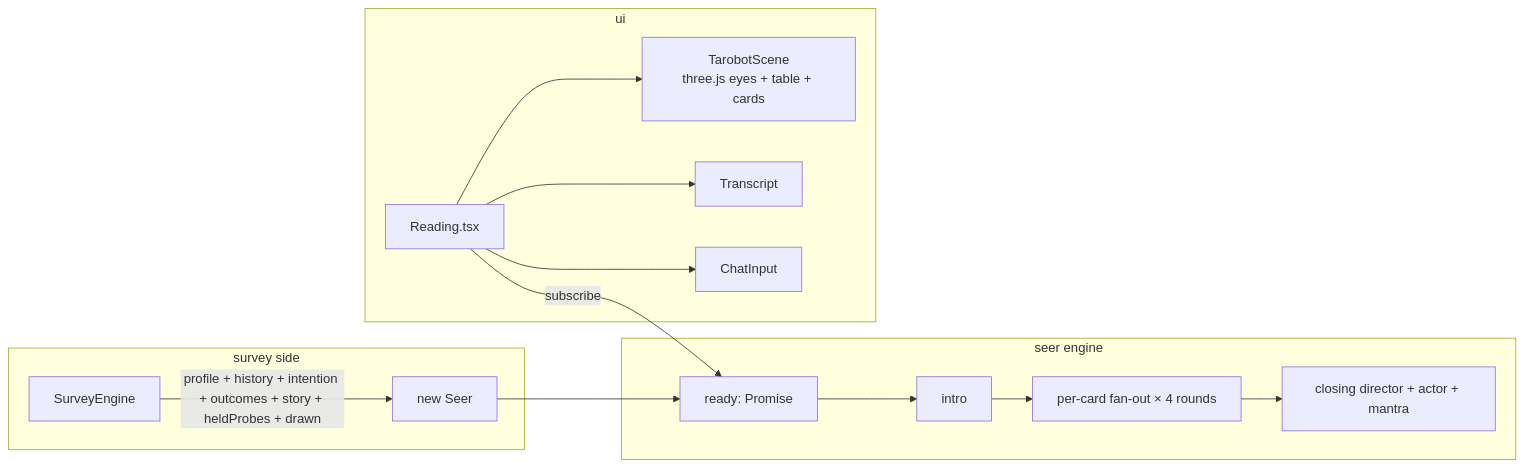
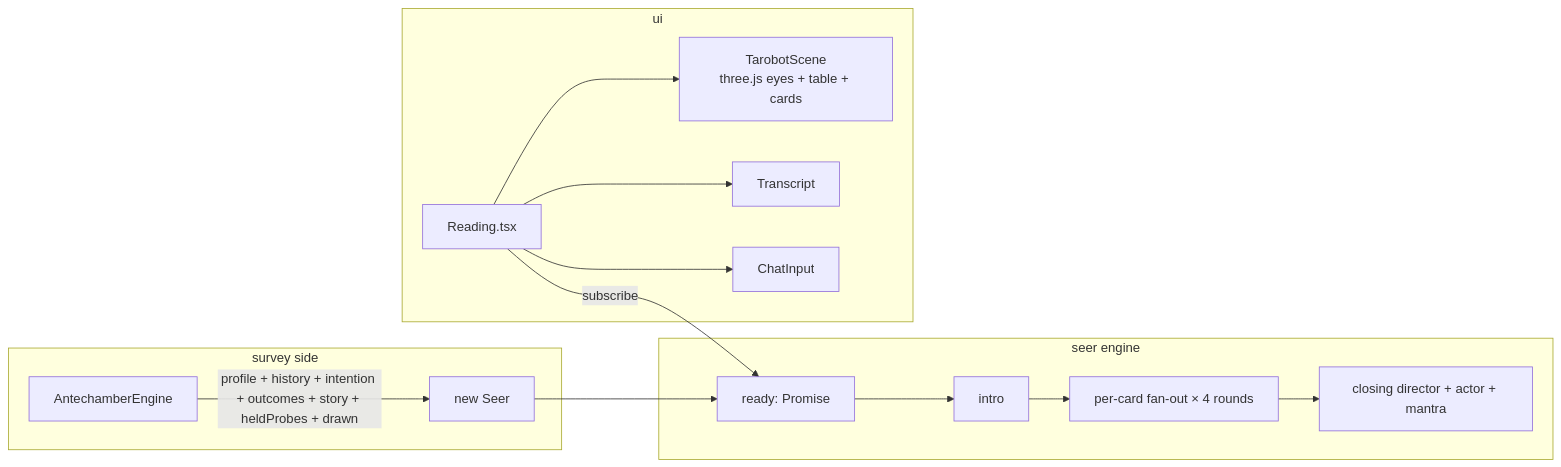
The first of 10 diagrams in docs/READING-ANATOMY.md (jakekidd/tarobot), drawn with Mermaid before and after one commit. The commit also changed other lines of this file and 191 other files, not shown here.

````diff
--- a/docs/READING-ANATOMY.md
+++ b/docs/READING-ANATOMY.md
@@ -18,20 +18,20 @@
 ```mermaid
 flowchart LR
   subgraph SURVEY [survey side]
-    A[SurveyEngine] -->|profile + history + intention + outcomes + story + heldProbes + drawn| B[new Seer]
+    A[AntechamberEngine] -->|profile + history + intention + outcomes + story + heldProbes + drawn| B[new Seer]
   end
 
   subgraph SEER [seer engine]
     B --> C[ready: Promise]
     C --> D[intro]
     D --> E[per-card fan-out × 4 rounds]
     E --> F[closing director + actor + mantra]
   end
 
   subgraph UI [ui]
     G[Reading.tsx] -->|subscribe| C
     G --> H[TarobotScene<br/>three.js eyes + table + cards]
     G --> I[Transcript]
     G --> J[ChatInput]
   end
 ```
````
